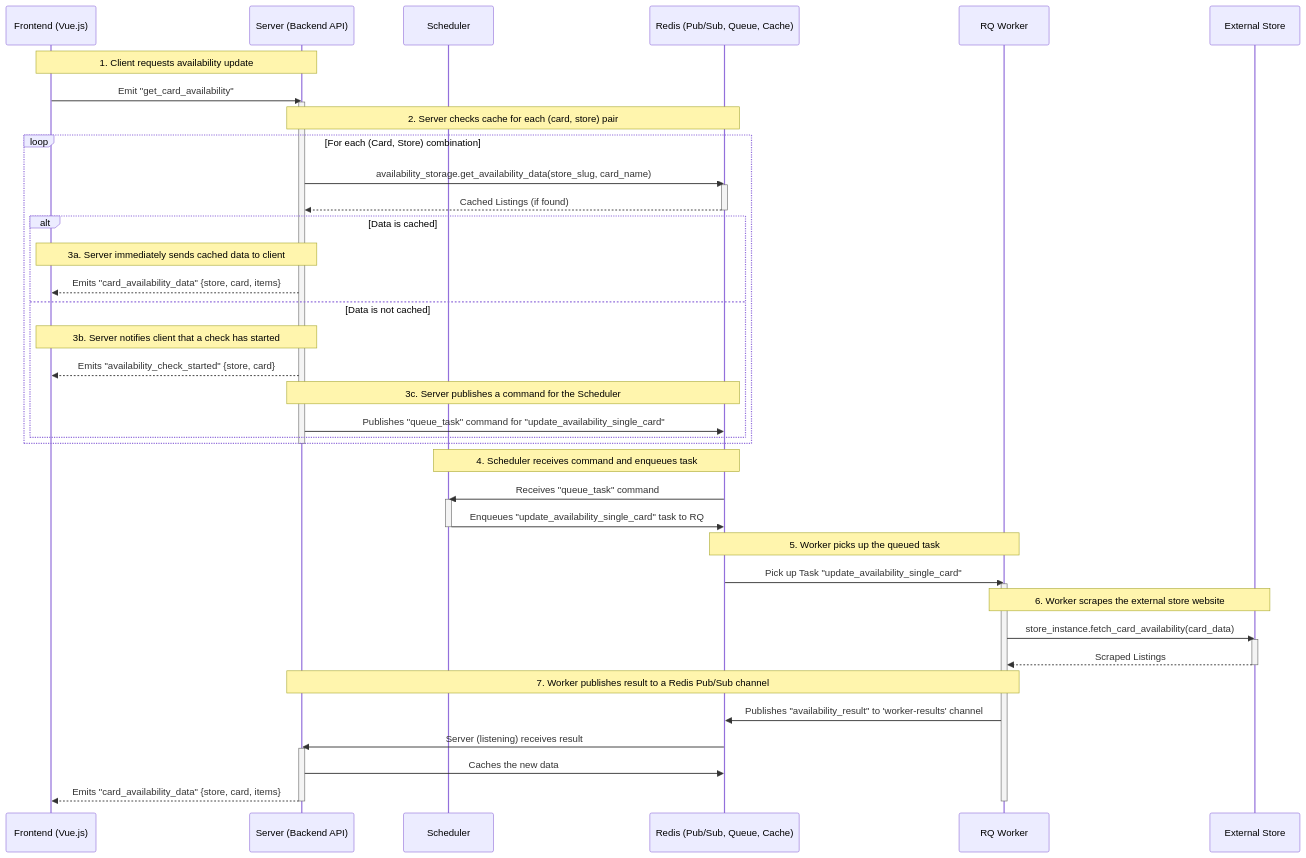
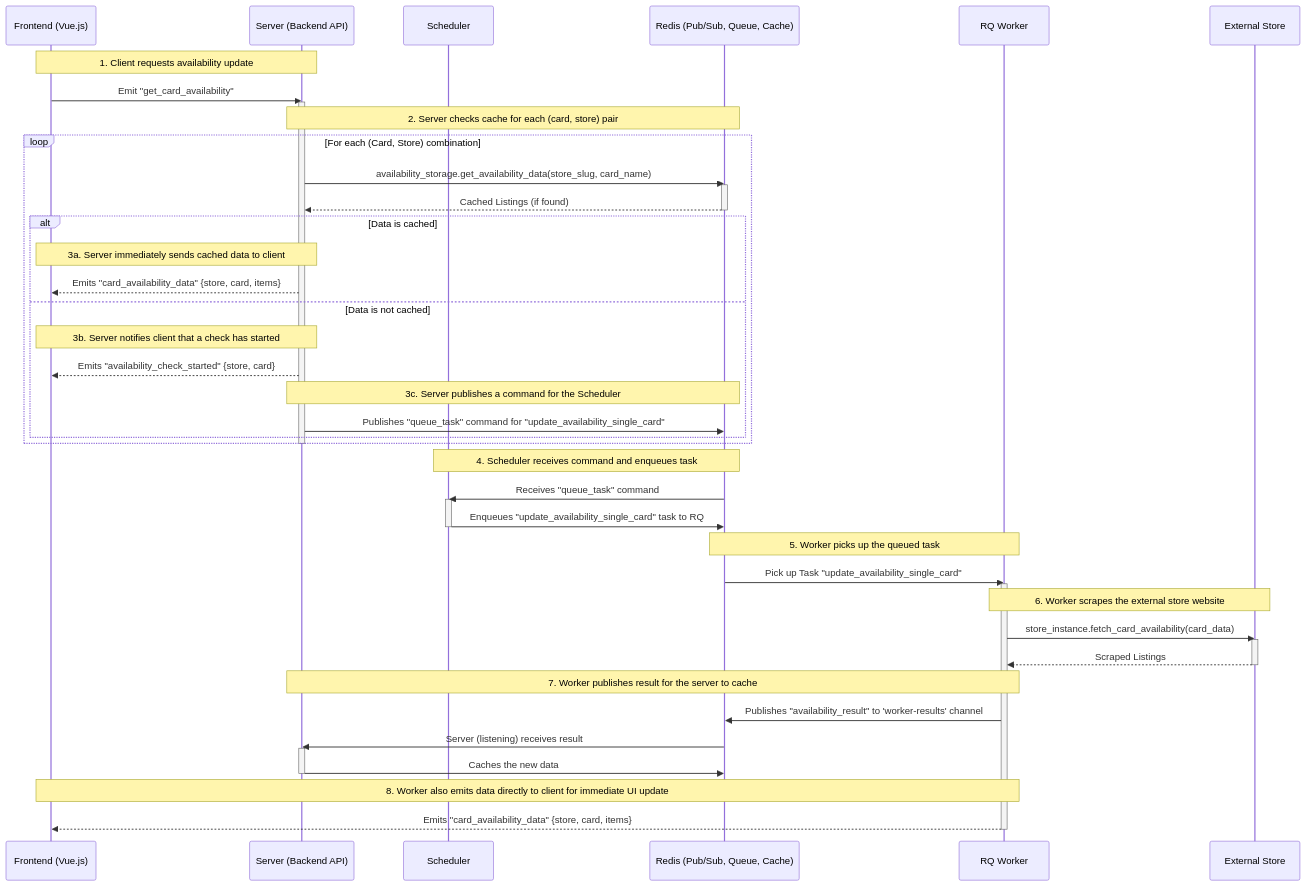
The fourth of 10 diagrams in docs/docs.md (smileyface/LGS-Stock-Checker), drawn with Mermaid before and after one commit.

````diff
--- a/docs/docs.md
+++ b/docs/docs.md
@@ -147,57 +147,59 @@
 ```mermaid
 sequenceDiagram
     participant Client as Frontend (Vue.js)
     participant Server as Server (Backend API)
     participant Scheduler
     participant Redis as Redis (Pub/Sub, Queue, Cache)
     participant Worker as RQ Worker
     participant ExternalStore as External Store
 
     Note over Client, Server: 1. Client requests availability update
     Client->>Server: Emit "get_card_availability"
     activate Server
 
     Note over Server, Redis: 2. Server checks cache for each (card, store) pair
     loop For each (Card, Store) combination
         Server->>Redis: availability_storage.get_availability_data(store_slug, card_name)
         activate Redis
         Redis-->>Server: Cached Listings (if found)
         deactivate Redis
 
         alt Data is cached
             Note over Server, Client: 3a. Server immediately sends cached data to client
             Server-->>Client: Emits "card_availability_data" {store, card, items}
         else Data is not cached
             Note over Server, Client: 3b. Server notifies client that a check has started
             Server-->>Client: Emits "availability_check_started" {store, card}
             Note over Server, Redis: 3c. Server publishes a command for the Scheduler
             Server->>Redis: Publishes "queue_task" command for "update_availability_single_card"
         end
     end
     deactivate Server
 
     Note over Redis, Scheduler: 4. Scheduler receives command and enqueues task
     Redis->>Scheduler: Receives "queue_task" command
     activate Scheduler
     Scheduler->>Redis: Enqueues "update_availability_single_card" task to RQ
     deactivate Scheduler
 
     Note over Redis, Worker: 5. Worker picks up the queued task
     Redis->>Worker: Pick up Task "update_availability_single_card"
     activate Worker
 
     Note over Worker, ExternalStore: 6. Worker scrapes the external store website
     Worker->>ExternalStore: store_instance.fetch_card_availability(card_data)
     activate ExternalStore
     ExternalStore-->>Worker: Scraped Listings
     deactivate ExternalStore
 
-    Note over Worker, Server: 7. Worker publishes result to a Redis Pub/Sub channel
+    Note over Worker, Server: 7. Worker publishes result for the server to cache
     Worker->>Redis: Publishes "availability_result" to 'worker-results' channel
     Redis->>Server: Server (listening) receives result
     activate Server
     Server->>Redis: Caches the new data
-    Server-->>Client: Emits "card_availability_data" {store, card, items}
     deactivate Server
+
+    Note over Worker, Client: 8. Worker also emits data directly to client for immediate UI update
+    Worker-->>Client: Emits "card_availability_data" {store, card, items}
     deactivate Worker
 ```
````
